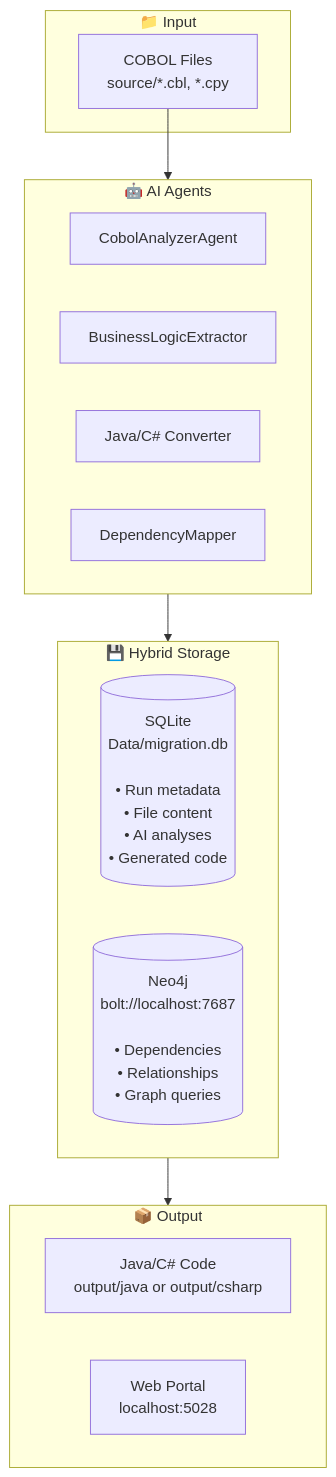
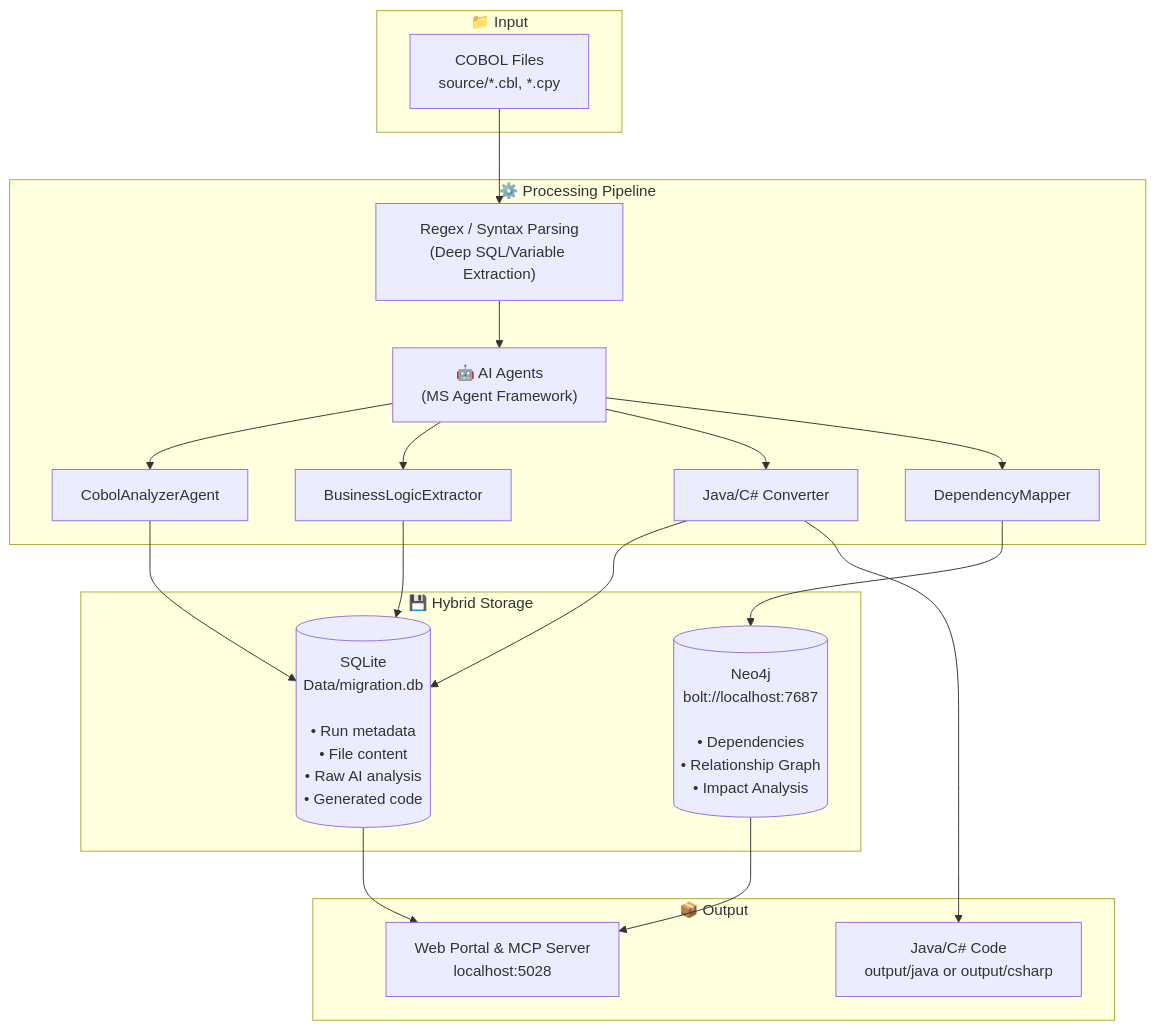
Before and after one commit to Azure-Samples/Legacy-Modernization-Agents: the first of 5 diagrams in README.md, drawn with Mermaid. The commit also changed other lines of this file and 53 other files, not shown here.

````diff
--- a/README.md
+++ b/README.md
@@ -443,27 +442,42 @@
 ```mermaid
 flowchart TB
     subgraph INPUT["📁 Input"]
         COBOL["COBOL Files<br/>source/*.cbl, *.cpy"]
     end
     
-    subgraph AGENTS["🤖 AI Agents"]
+    subgraph PROCESS["⚙️ Processing Pipeline"]
+        REGEX["Regex / Syntax Parsing<br/>(Deep SQL/Variable Extraction)"]
+        AGENTS["🤖 AI Agents<br/>(MS Agent Framework)"]
         ANALYZER["CobolAnalyzerAgent"]
         EXTRACTOR["BusinessLogicExtractor"]
         CONVERTER["Java/C# Converter"]
         MAPPER["DependencyMapper"]
     end
     
     subgraph STORAGE["💾 Hybrid Storage"]
-        SQLITE[("SQLite<br/>Data/migration.db<br/><br/>• Run metadata<br/>• File content<br/>• AI analyses<br/>• Generated code")]
-        NEO4J[("Neo4j<br/>bolt://localhost:7687<br/><br/>• Dependencies<br/>• Relationships<br/>• Graph queries")]
+        SQLITE[("SQLite<br/>Data/migration.db<br/><br/>• Run metadata<br/>• File content<br/>• Raw AI analysis<br/>• Generated code")]
+        NEO4J[("Neo4j<br/>bolt://localhost:7687<br/><br/>• Dependencies<br/>• Relationship Graph<br/>• Impact Analysis")]
     end
     
     subgraph OUTPUT["📦 Output"]
         CODE["Java/C# Code<br/>output/java or output/csharp"]
-        PORTAL["Web Portal<br/>localhost:5028"]
+        PORTAL["Web Portal & MCP Server<br/>localhost:5028"]
     end
     
-    COBOL --> AGENTS
-    AGENTS --> STORAGE
-    STORAGE --> OUTPUT
+    COBOL --> REGEX
+    REGEX --> AGENTS
+    
+    AGENTS --> ANALYZER
+    AGENTS --> EXTRACTOR
+    AGENTS --> CONVERTER
+    AGENTS --> MAPPER
+    
+    ANALYZER --> SQLITE
+    EXTRACTOR --> SQLITE
+    CONVERTER --> SQLITE
+    CONVERTER --> CODE
+    MAPPER --> NEO4J
+    
+    SQLITE --> PORTAL
+    NEO4J --> PORTAL
 ```
````
